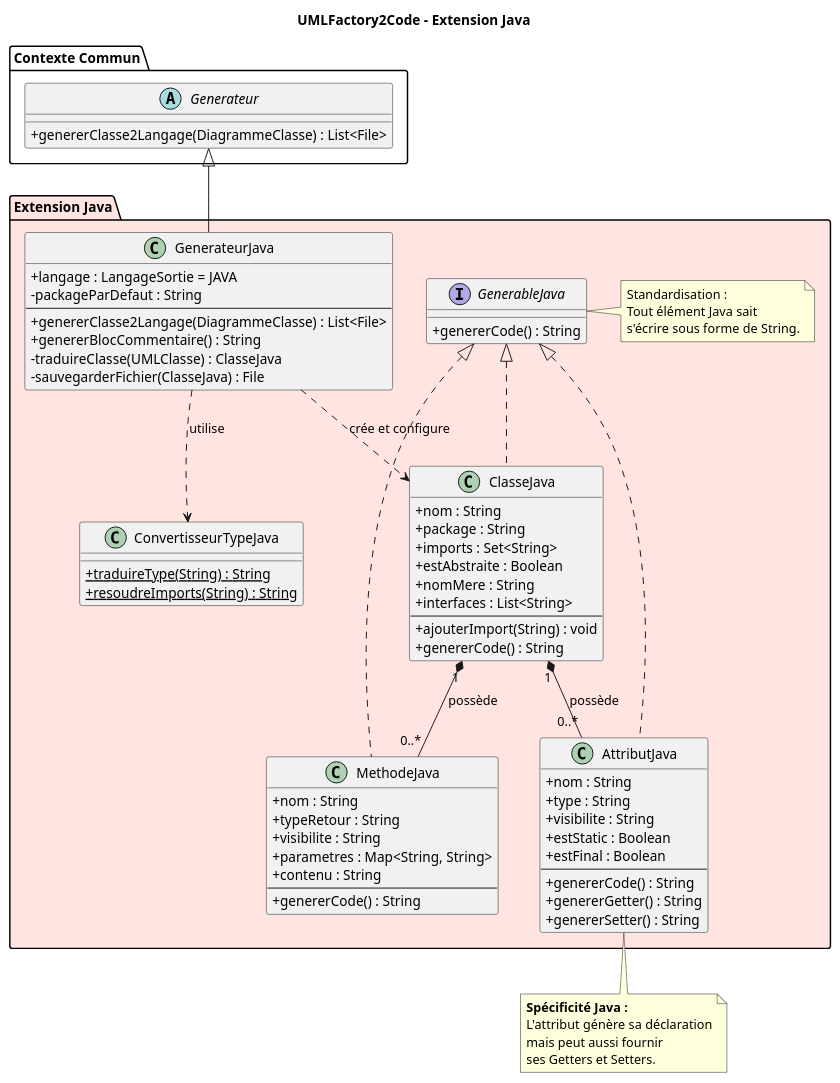
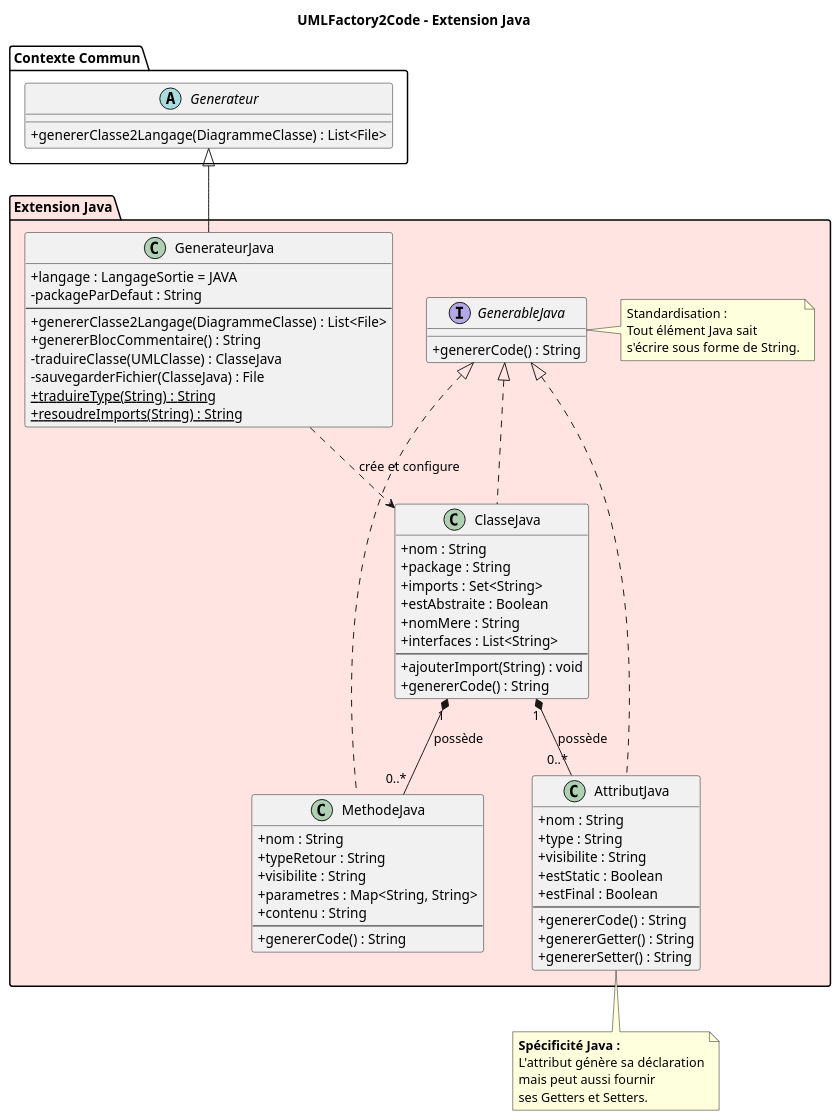
The diagram in doc/fichier_puml/diagramme_generateur_java.puml (RasdaCorentin/PlantUML2Code), drawn with PlantUML before and after one commit.

Commit message:
MAJ du diagramme Java

```diff
--- a/doc/fichier_puml/diagramme_generateur_java.puml
+++ b/doc/fichier_puml/diagramme_generateur_java.puml
@@ -1,106 +1,102 @@
 @startuml
 title UMLFactory2Code - Extension Java
 skinparam classAttributeIconSize 0
 
 ' --- Rappel du contexte commun (minimal pour lien) ---
 package "Contexte Commun" {
   abstract class Generateur {
     +genererClasse2Langage(DiagrammeClasse) : List<File>
   }
 }
 
 package "Extension Java" #MistyRose {
 
   ' --- Interface de génération (Equivalent Formattage C++) ---
   interface GenerableJava {
     +genererCode() : String
   }
 
   note right of GenerableJava
     Standardisation :
     Tout élément Java sait
     s'écrire sous forme de String.
   end note
 
   ' --- Le Générateur Principal ---
   class GenerateurJava {
     +langage : LangageSortie = JAVA
     -packageParDefaut : String
     ---
     +genererClasse2Langage(DiagrammeClasse) : List<File>
     +genererBlocCommentaire() : String
     -traduireClasse(UMLClasse) : ClasseJava
     -sauvegarderFichier(ClasseJava) : File
+    {static} +traduireType(String) : String
+    {static} +resoudreImports(String) : String
   }
 
   ' --- Représentation d'une Classe Java ---
   class ClasseJava {
     +nom : String
     +package : String
     +imports : Set<String>
     +estAbstraite : Boolean
     +nomMere : String
     +interfaces : List<String>
     ---
     +ajouterImport(String) : void
     +genererCode() : String
   }
 
   ' --- Attribut Java (Gère aussi les Relations converties) ---
   class AttributJava {
     +nom : String
     +type : String
     +visibilite : String
     +estStatic : Boolean
     +estFinal : Boolean
     ---
     +genererCode() : String
     +genererGetter() : String
     +genererSetter() : String
   }
 
   ' --- Méthode Java ---
   class MethodeJava {
     +nom : String
     +typeRetour : String
     +visibilite : String
     +parametres : Map<String, String>
     +contenu : String
     ---
     +genererCode() : String
   }
 
-  ' --- Utilitaires ---
-  class ConvertisseurTypeJava {
-    {static} +traduireType(String) : String
-    {static} +resoudreImports(String) : String
-  }
-
   ' ===== RELATIONS =====
 
   ' Héritage vers le commun
   Generateur <|-- GenerateurJava
 
   ' Implémentation de l'interface commune
   GenerableJava <|.. ClasseJava
   GenerableJava <|.. AttributJava
   GenerableJava <|.. MethodeJava
 
   ' Le générateur crée des Classes Java
   GenerateurJava ..> ClasseJava : "crée et configure"
-  GenerateurJava ..> ConvertisseurTypeJava : "utilise"
+
 
   ' Composition interne de la classe Java
   ClasseJava "1" *-- "0..*" AttributJava : "possède"
   ClasseJava "1" *-- "0..*" MethodeJava : "possède"
 
 }
 
 note bottom of AttributJava
   <b>Spécificité Java :</b>
   L'attribut génère sa déclaration
   mais peut aussi fournir
   ses Getters et Setters.
 end note
 
 @enduml
```
